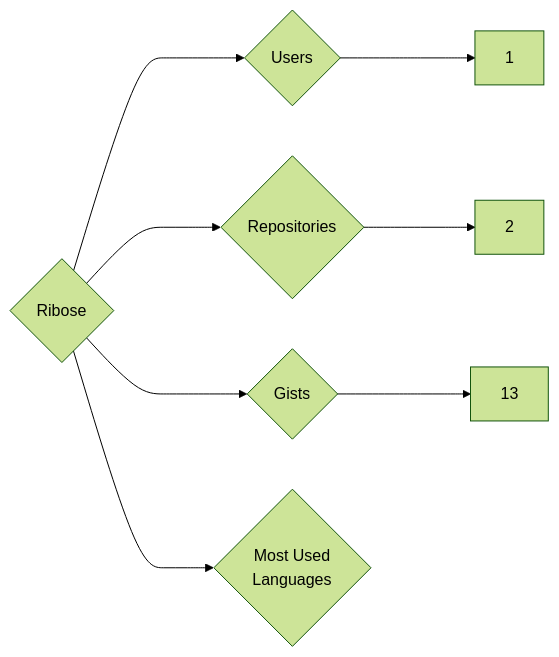
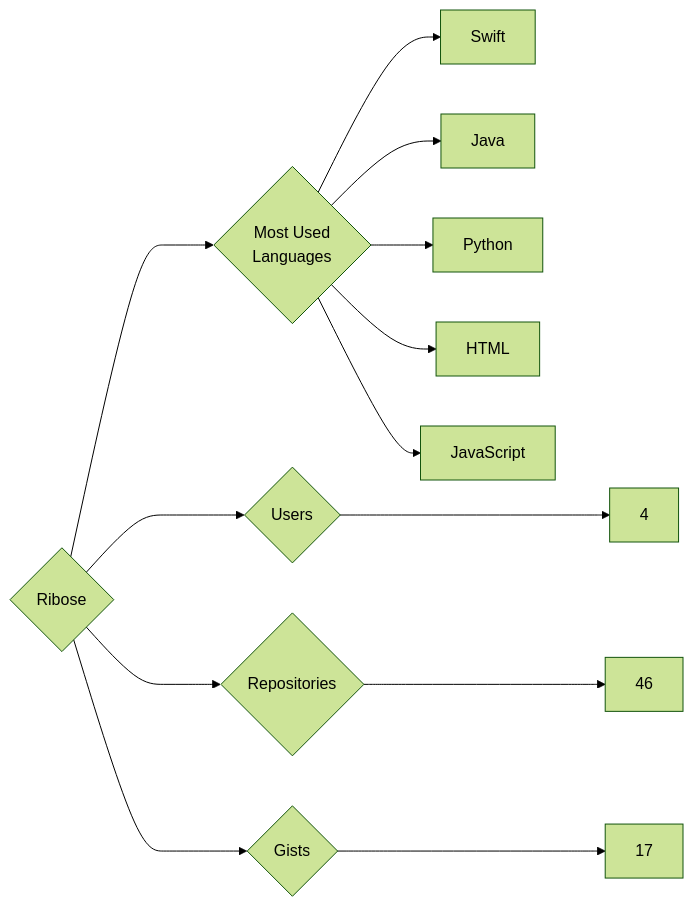
One commit to trickest/insiders changed the diagram in targets/Ribose/README.md. Above: the diagram before and after it, drawn with Mermaid (forest theme). The commit also changed 748 other files, not shown here.

````diff
--- a/targets/Ribose/README.md
+++ b/targets/Ribose/README.md
@@ -3,8 +3,13 @@
 ```mermaid
 graph LR
 COMPANY_NAME{Ribose}
-COMPANY_NAME ---> U{Users} ---> UN[1]
-COMPANY_NAME ---> R{Repositories} ---> RN[2]
-COMPANY_NAME ---> G{Gists} ---> GN[13]
+COMPANY_NAME ---> U{Users} ---> UN[4]
+COMPANY_NAME ---> R{Repositories} ---> RN[46]
+COMPANY_NAME ---> G{Gists} ---> GN[17]
 COMPANY_NAME ---> ML{Most Used<br>Languages}
+ML --> Swift[Swift]
+ML --> Java[Java]
+ML --> Python[Python]
+ML --> HTML[HTML]
+ML --> JavaScript[JavaScript]
 ```
````
